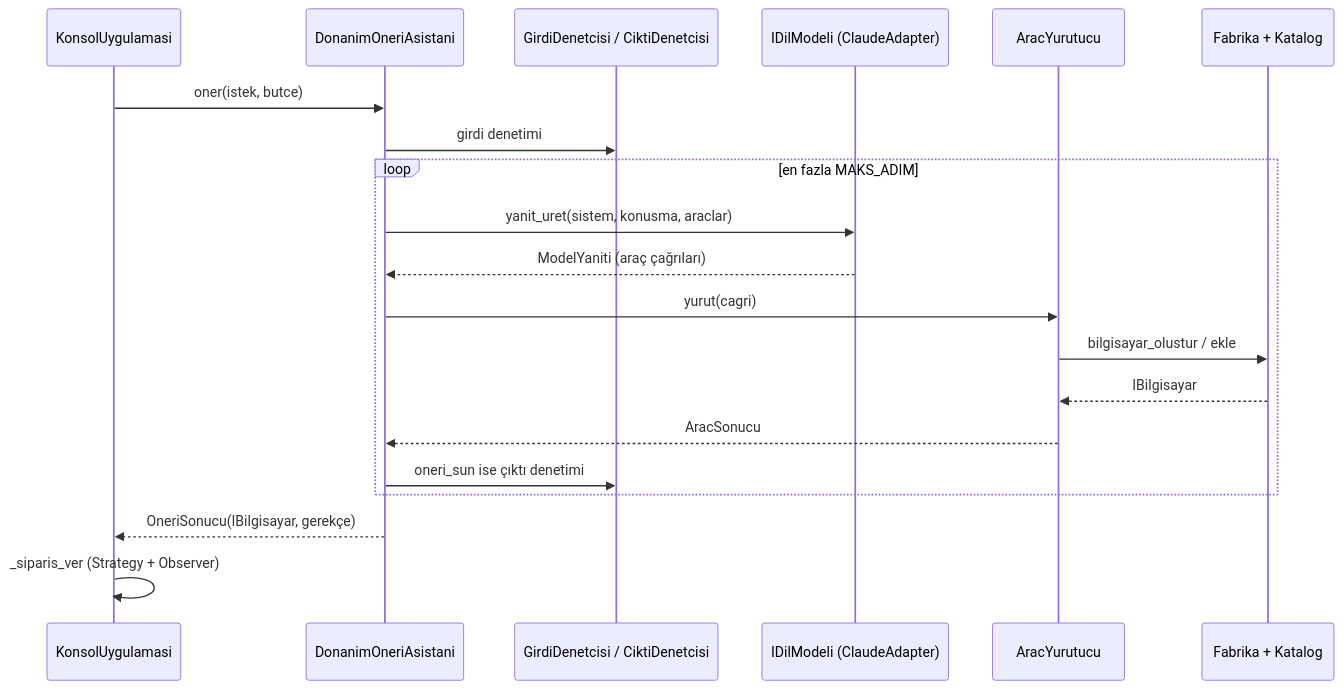
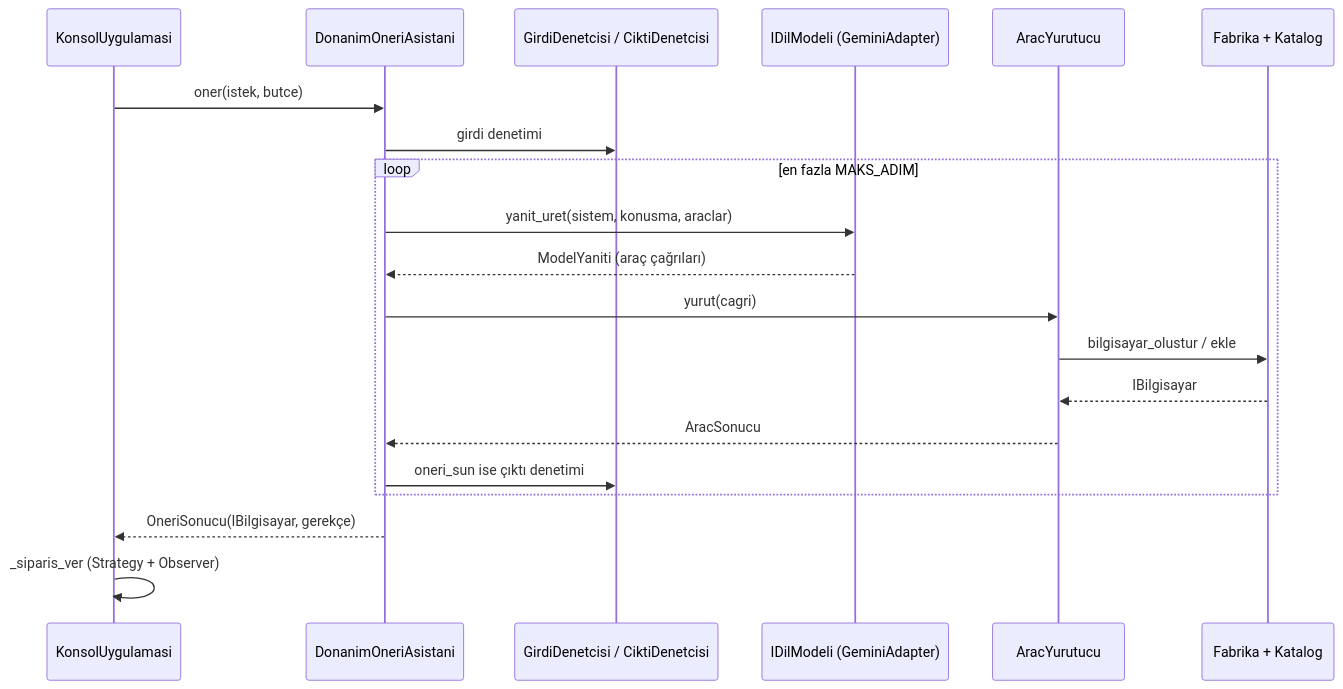
The diagram in docs/uml/8_ai_oneri_sirasi.mmd (kamurangenc/pc-siparis-sistemi), drawn with Mermaid before and after one commit. The commit also changed 8 other files, not shown here.

```diff
--- a/docs/uml/8_ai_oneri_sirasi.mmd
+++ b/docs/uml/8_ai_oneri_sirasi.mmd
@@ -1,20 +1,20 @@
 sequenceDiagram
     participant K as KonsolUygulamasi
     participant A as DonanimOneriAsistani
     participant G as GirdiDenetcisi / CiktiDenetcisi
-    participant M as IDilModeli (ClaudeAdapter)
+    participant M as IDilModeli (GeminiAdapter)
     participant Y as AracYurutucu
     participant F as Fabrika + Katalog
     K->>A: oner(istek, butce)
     A->>G: girdi denetimi
     loop en fazla MAKS_ADIM
         A->>M: yanit_uret(sistem, konusma, araclar)
         M-->>A: ModelYaniti (araç çağrıları)
         A->>Y: yurut(cagri)
         Y->>F: bilgisayar_olustur / ekle
         F-->>Y: IBilgisayar
         Y-->>A: AracSonucu
         A->>G: oneri_sun ise çıktı denetimi
     end
     A-->>K: OneriSonucu(IBilgisayar, gerekçe)
     K->>K: _siparis_ver (Strategy + Observer)
```
